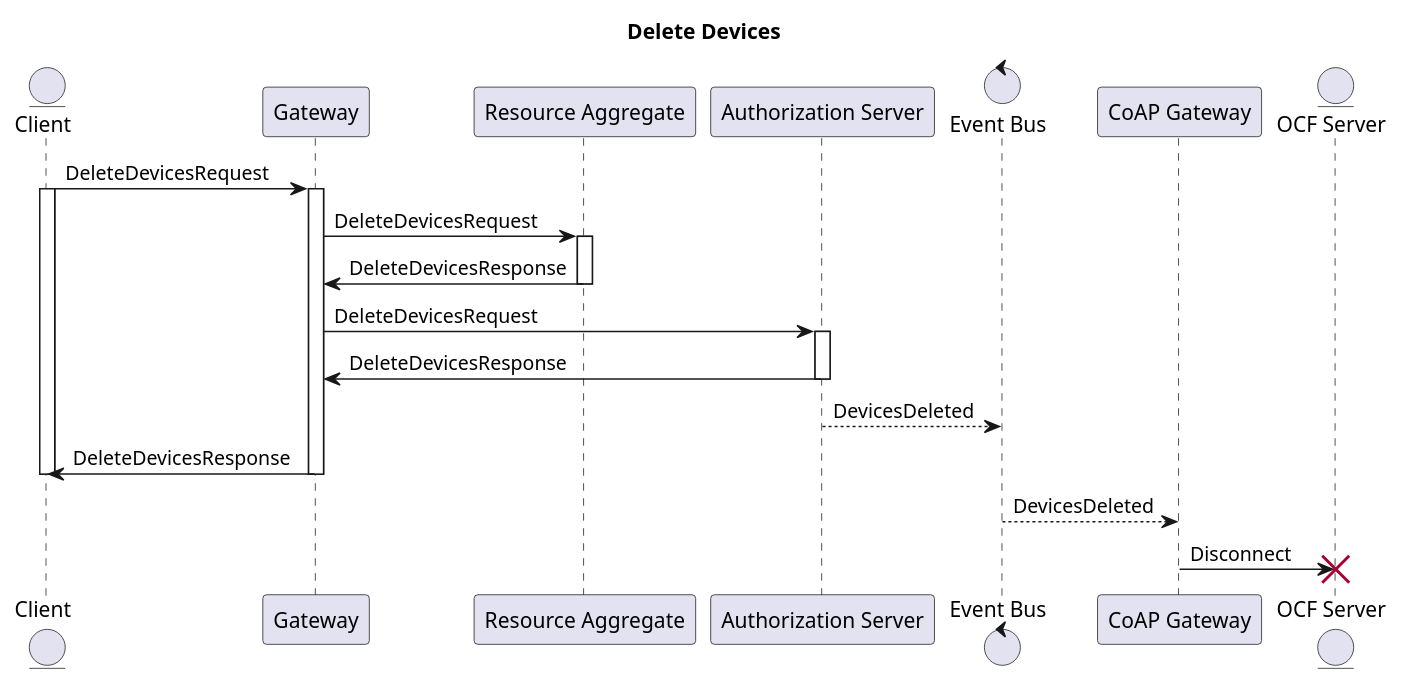
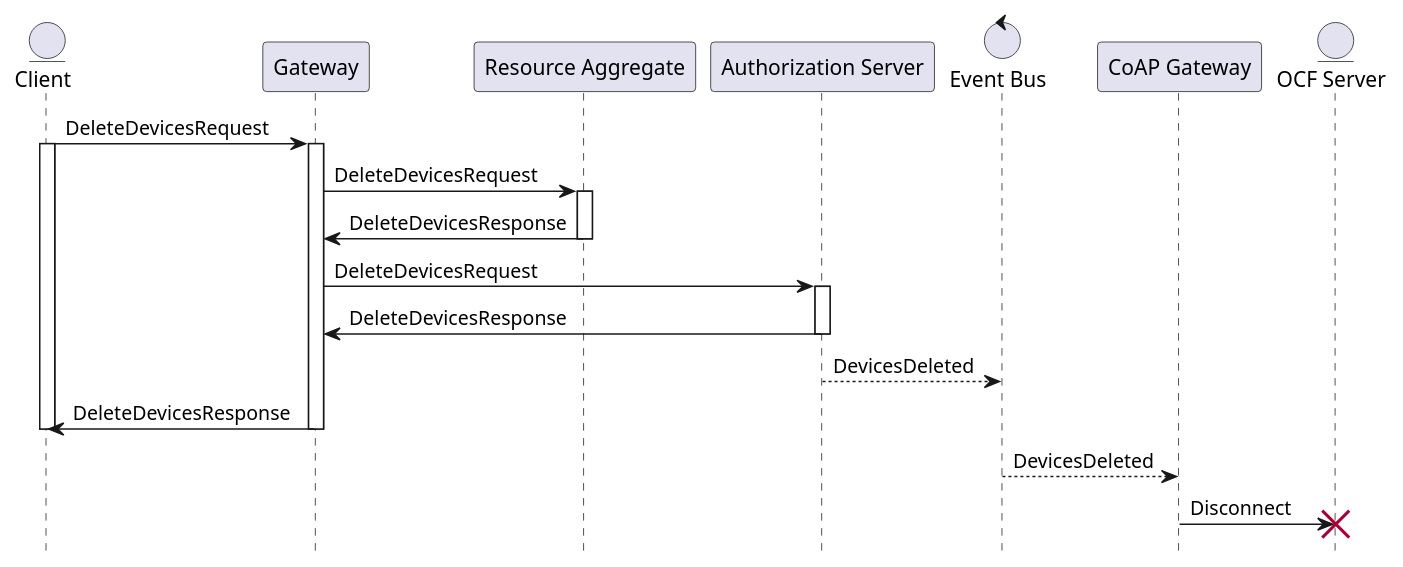
The sixth of 7 diagrams in content/en/architecture/component-overview.md (plgd-dev/doc), drawn with PlantUML before and after one commit.

Commit message:
uml formatting

```diff
--- a/content/en/architecture/component-overview.md
+++ b/content/en/architecture/component-overview.md
@@ -238,32 +238,33 @@
 {{< plantuml id="device-delete" >}}
 @startuml
-title "Delete Devices"
+skinparam backgroundColor transparent
+hide footbox
 
 entity "Client" as Client
 participant "Gateway" as Gateway
 participant "Resource Aggregate" as ResourceAggregate
 participant "Authorization Server" as AuthServer
 control "Event Bus" as Bus
 participant "CoAP Gateway" as CGateway
 entity "OCF Server" as Server
 
 Client -> Gateway: DeleteDevicesRequest
 activate Client
 activate Gateway
 Gateway -> ResourceAggregate : DeleteDevicesRequest
 activate ResourceAggregate
 ResourceAggregate -> Gateway : DeleteDevicesResponse
 deactivate ResourceAggregate
 Gateway -> AuthServer : DeleteDevicesRequest
 activate AuthServer
 AuthServer -> Gateway : DeleteDevicesResponse
 deactivate AuthServer
 AuthServer --> Bus: DevicesDeleted
 Gateway -> Client: DeleteDevicesResponse
 deactivate Gateway
 deactivate Client
 Bus --> CGateway: DevicesDeleted
 CGateway -> Server : Disconnect
 destroy Server
 @enduml
 {{< /plantuml >}}
```
